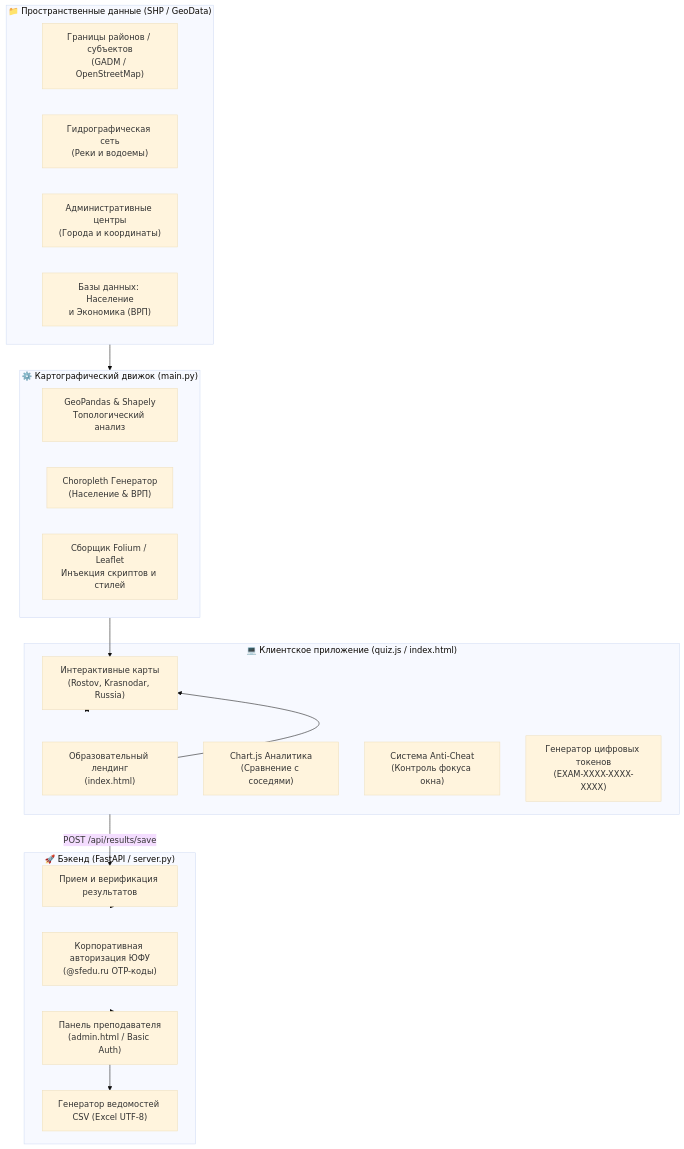
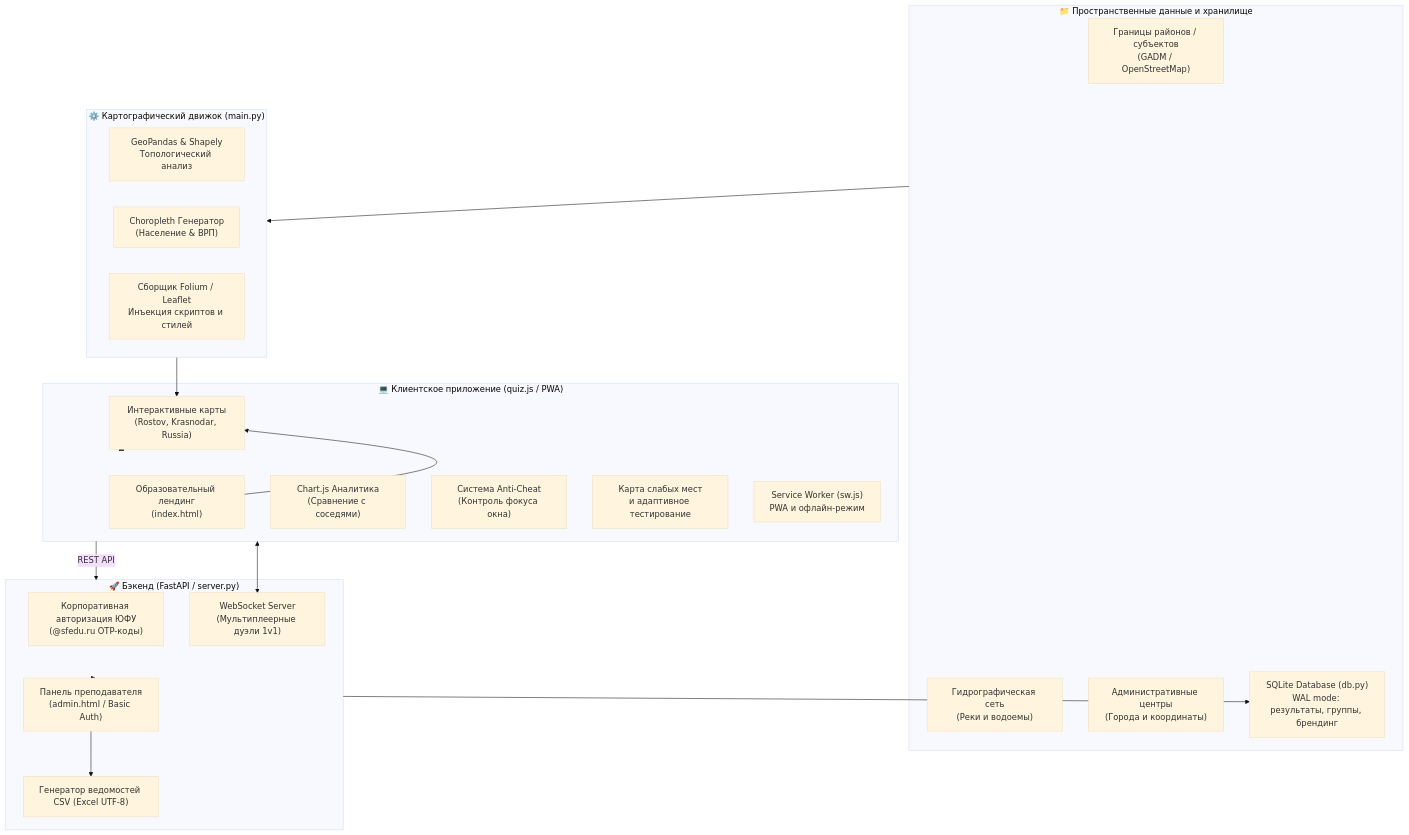
The diagram in README.md (kazuzjkee/GeoAtlas), drawn with Mermaid (base theme) before and after one commit. The commit also changed other lines of this file, not shown here.

Commit message:
docs: обновление README.md (адаптивное тестирование, дуэли, PWA, SQLite, архитектура и API)

````diff
--- a/README.md
+++ b/README.md
@@ -42,39 +48,41 @@
 ```mermaid
 flowchart TD
-    subgraph DataLayer["📁 Пространственные данные (SHP / GeoData)"]
+    subgraph DataLayer["📁 Пространственные данные и хранилище"]
         SHP_Districts["Границы районов / субъектов\n(GADM / OpenStreetMap)"]
         SHP_Rivers["Гидрографическая сеть\n(Реки и водоемы)"]
         SHP_Centers["Административные центры\n(Города и координаты)"]
-        DB_Eco["Базы данных: Население\nи Экономика (ВРП)"]
+        DB_SQLite["SQLite Database (db.py)\nWAL mode: результаты, группы, брендинг"]
     end
 
     subgraph Compiler["⚙️ Картографический движок (main.py)"]
         GeoPandasEngine["GeoPandas & Shapely\nТопологический анализ"]
         ChoroplethBuilder["Choropleth Генератор\n(Население & ВРП)"]
         FoliumLeaflet["Сборщик Folium / Leaflet\nИнъекция скриптов и стилей"]
     end
 
-    subgraph ClientEngine["💻 Клиентское приложение (quiz.js / index.html)"]
+    subgraph ClientEngine["💻 Клиентское приложение (quiz.js / PWA)"]
         UI_Landing["Образовательный лендинг\n(index.html)"]
         UI_Maps["Интерактивные карты\n(Rostov, Krasnodar, Russia)"]
         ChartJS["Chart.js Аналитика\n(Сравнение с соседями)"]
         AntiCheatModule["Система Anti-Cheat\n(Контроль фокуса окна)"]
-        TokenGen["Генератор цифровых токенов\n(EXAM-XXXX-XXXX-XXXX)"]
+        HeatmapModule["Карта слабых мест\nи адаптивное тестирование"]
+        PWAModule["Service Worker (sw.js)\nPWA и офлайн-режим"]
     end
 
     subgraph ServerBackend["🚀 Бэкенд (FastAPI / server.py)"]
         API_Auth["Корпоративная авторизация ЮФУ\n(@sfedu.ru OTP-коды)"]
-        API_Results["Прием и верификация результатов"]
+        WebSocket_Server["WebSocket Server\n(Мультиплеерные дуэли 1v1)"]
         AdminDashboard["Панель преподавателя\n(admin.html / Basic Auth)"]
         CSV_Exporter["Генератор ведомостей CSV (Excel UTF-8)"]
     end
 
     DataLayer --> Compiler
     Compiler --> UI_Maps
     UI_Landing --> UI_Maps
     UI_Maps <--> ClientEngine
-    ClientEngine -- "POST /api/results/save" --> API_Results
-    API_Results --> ServerBackend
+    ClientEngine -- "REST API" --> ServerBackend
+    ClientEngine <--> WebSocket_Server
+    ServerBackend --> DB_SQLite
     ServerBackend --> AdminDashboard
     AdminDashboard --> CSV_Exporter
 ```
````
